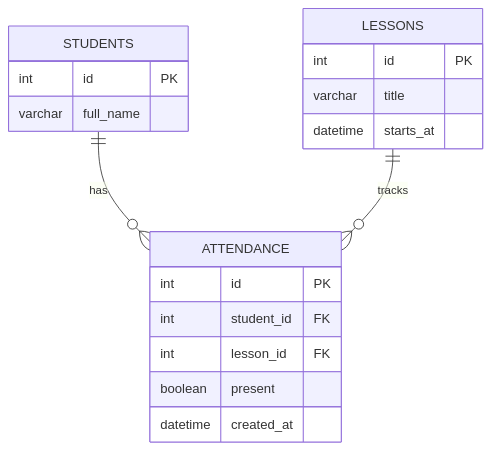
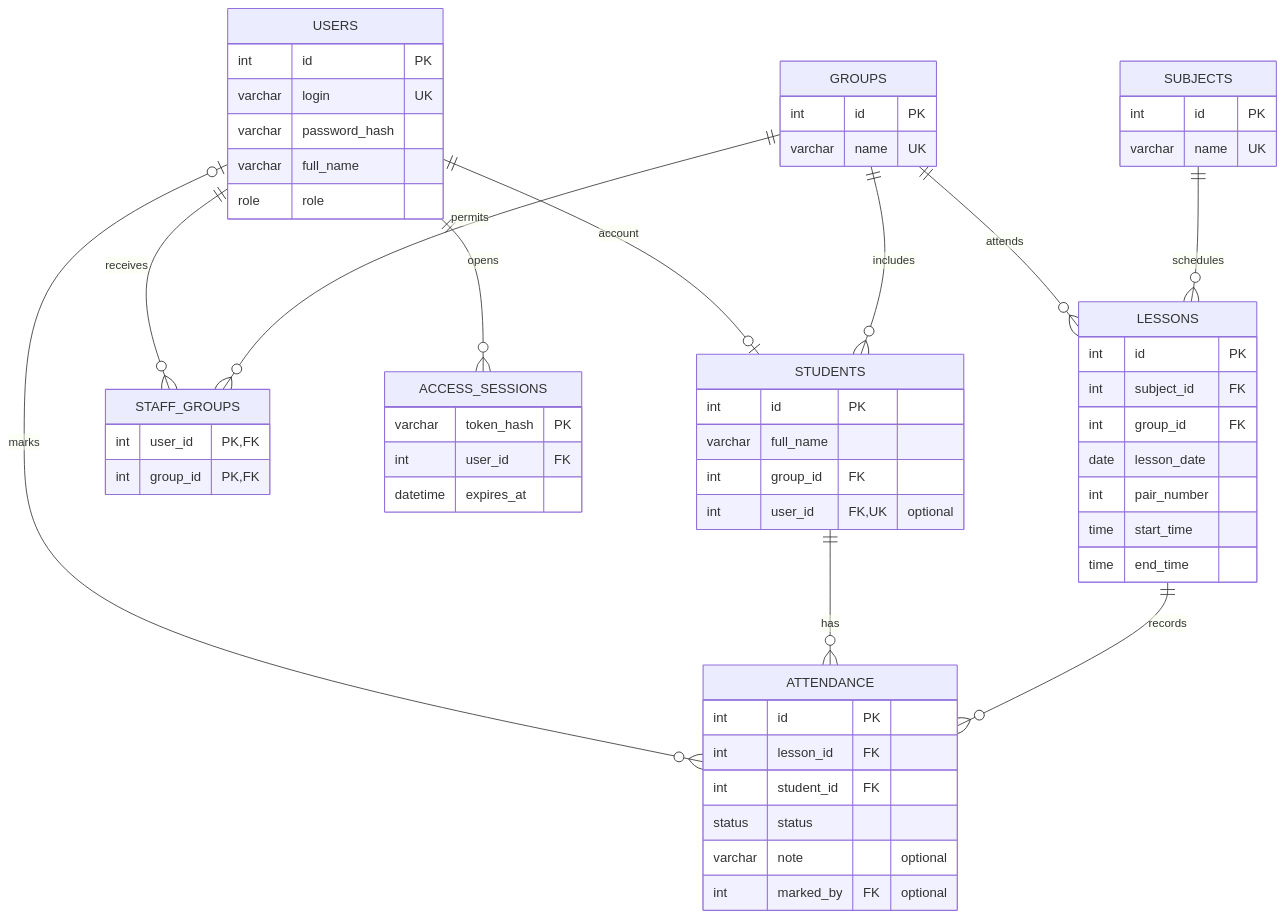
Before and after one commit to alexandr1772-ops/proektnyy-praktikum: the diagram in docs/er-diagram.md, drawn with Mermaid. The commit also changed other lines of this file and 19 other files, not shown here.

````diff
--- a/docs/er-diagram.md
+++ b/docs/er-diagram.md
@@ -5,21 +5,62 @@
 ```mermaid
 erDiagram
-    STUDENTS ||--o{ ATTENDANCE : "has"
-    LESSONS ||--o{ ATTENDANCE : "tracks"
+    direction TB
+    USERS ||--o| STUDENTS : account
+    USERS ||--o{ STAFF_GROUPS : receives
+    GROUPS ||--o{ STAFF_GROUPS : permits
+    USERS ||--o{ ACCESS_SESSIONS : opens
+    USERS o|--o{ ATTENDANCE : marks
+    GROUPS ||--o{ STUDENTS : includes
+    GROUPS ||--o{ LESSONS : attends
+    SUBJECTS ||--o{ LESSONS : schedules
+    STUDENTS ||--o{ ATTENDANCE : has
+    LESSONS ||--o{ ATTENDANCE : records
+
+    USERS {
+        int id PK
+        varchar login UK
+        varchar password_hash
+        varchar full_name
+        role role
+    }
+    GROUPS {
+        int id PK
+        varchar name UK
+    }
     STUDENTS {
         int id PK
         varchar full_name
+        int group_id FK
+        int user_id FK,UK "optional"
+    }
+    STAFF_GROUPS {
+        int user_id PK,FK
+        int group_id PK,FK
+    }
+    ACCESS_SESSIONS {
+        varchar token_hash PK
+        int user_id FK
+        datetime expires_at
+    }
+    SUBJECTS {
+        int id PK
+        varchar name UK
     }
     LESSONS {
         int id PK
-        varchar title
-        datetime starts_at
+        int subject_id FK
+        int group_id FK
+        date lesson_date
+        int pair_number
+        time start_time
+        time end_time
     }
     ATTENDANCE {
         int id PK
+        int lesson_id FK
         int student_id FK
-        int lesson_id FK
-        boolean present
-        datetime created_at
+        status status
+        varchar note "optional"
+        int marked_by FK "optional"
     }
 ```
````
